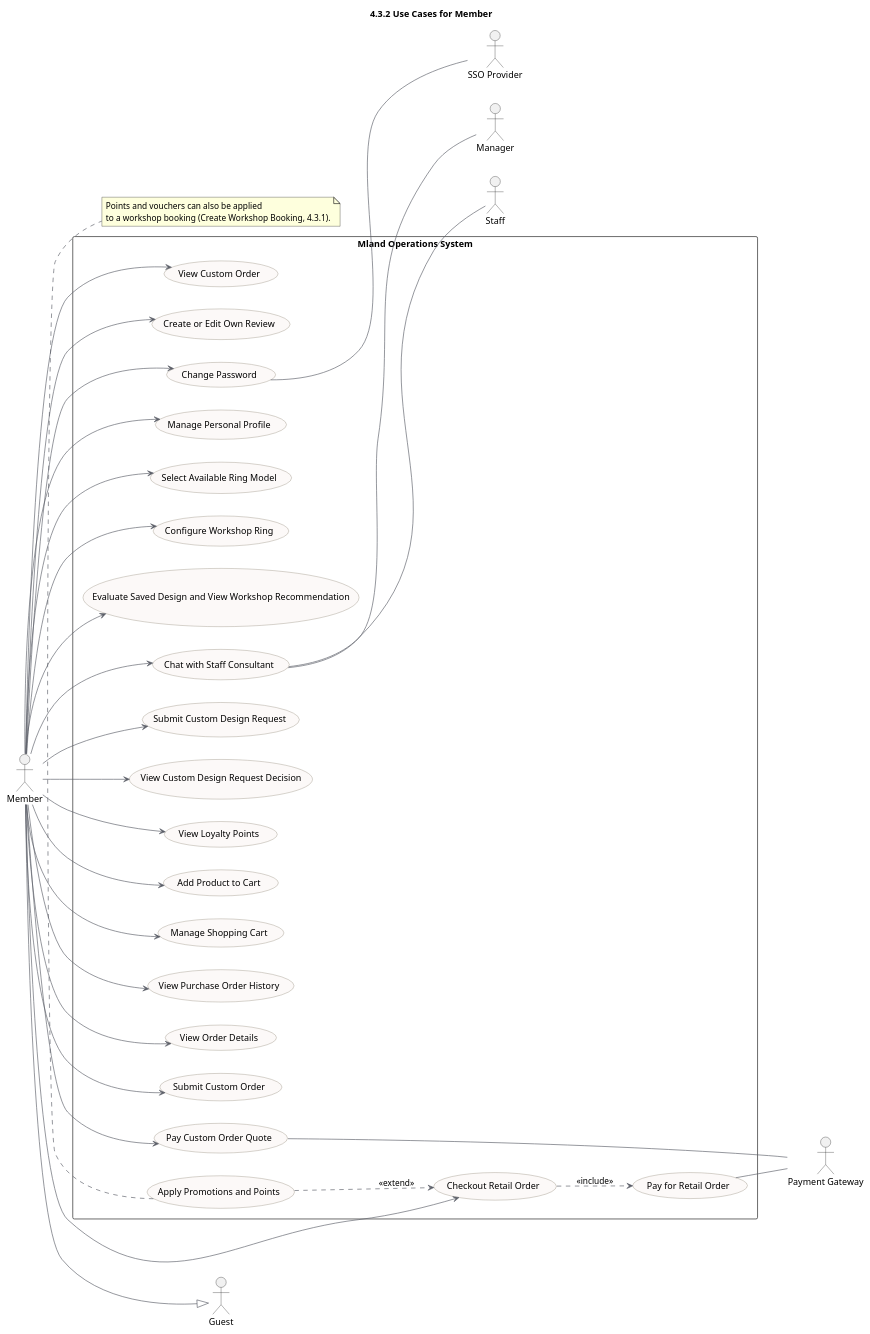
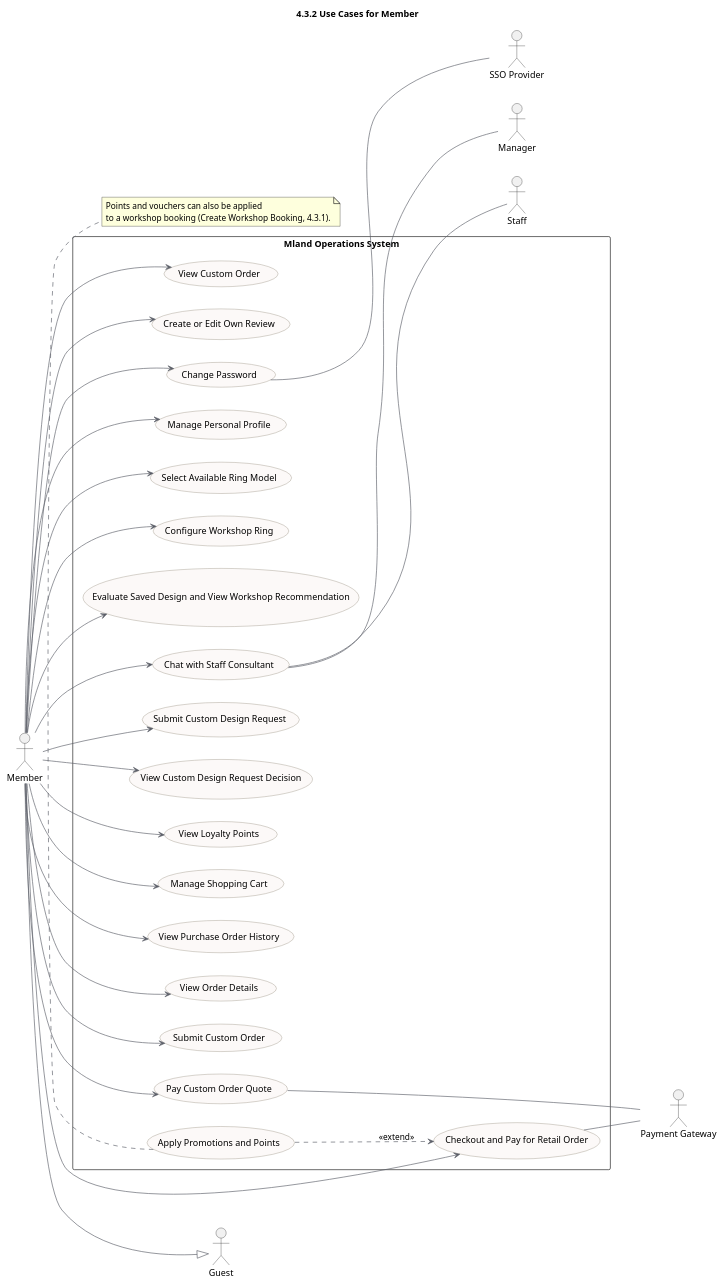
The diagram in documents/docs/report-3-software-requirement-specification/assets/diagrams/use-cases/03-member-only.puml (quoc-ca/mland-operations-hub), drawn with PlantUML before and after one commit. The commit also changed 17 other files, not shown here.

```diff
--- a/documents/docs/report-3-software-requirement-specification/assets/diagrams/use-cases/03-member-only.puml
+++ b/documents/docs/report-3-software-requirement-specification/assets/diagrams/use-cases/03-member-only.puml
@@ -1,78 +1,74 @@
 @startuml
 !pragma charset UTF-8
 title 4.3.2 Use Cases for Member
 left to right direction
 skinparam shadowing false
 skinparam usecase {
   BackgroundColor #FCF9F8
   BorderColor #807663
   ArrowColor #5B5E67
 }
 
 actor Guest
 actor Member
 
 actor "SSO Provider" as SSO
 actor "Payment Gateway" as Pay
 actor Staff
 actor Manager
 
 rectangle "Mland Operations System" {
   usecase "Change Password" as UC04
   usecase "Manage Personal Profile" as UC05
   usecase "Select Available Ring Model" as UC36
   usecase "Configure Workshop Ring" as UC37
   usecase "Evaluate Saved Design and View Workshop Recommendation" as UC37E
   usecase "Chat with Staff Consultant" as UC38
   usecase "Submit Custom Design Request" as UC39
   usecase "View Custom Design Request Decision" as UC41
   usecase "View Loyalty Points" as UC42
   usecase "Apply Promotions and Points" as UC44
-  usecase "Add Product to Cart" as UC52
   usecase "Manage Shopping Cart" as UC53
-  usecase "Checkout Retail Order" as UC54
-  usecase "Pay for Retail Order" as UC55
+  usecase "Checkout and Pay for Retail Order" as UC54
   usecase "View Purchase Order History" as UC56
   usecase "View Order Details" as UC57
   usecase "Submit Custom Order" as UC67
   usecase "Pay Custom Order Quote" as UC69
   usecase "View Custom Order" as UC70
   usecase "Create or Edit Own Review" as UC75
 }
 
 ' Member inherits every Guest use case (see 4.3.1), including Create Workshop Booking.
 Member --|> Guest
 
 Member --> UC04
 Member --> UC05
 Member --> UC36
 Member --> UC37
 Member --> UC37E
 Member --> UC38
 Member --> UC39
 Member --> UC41
 Member --> UC42
-Member --> UC52
 Member --> UC53
 Member --> UC54
 Member --> UC56
 Member --> UC57
 Member --> UC67
 Member --> UC70
 Member --> UC69
 Member --> UC75
 
-UC54 ..> UC55 : <<include>>
 UC44 ..> UC54 : <<extend>>
 
 UC04 -- SSO
-UC55 -- Pay
+UC54 -- Pay
 UC69 -- Pay
 UC38 -- Staff
 UC38 -- Manager
 
 note bottom of UC44
 Points and vouchers can also be applied
 to a workshop booking (Create Workshop Booking, 4.3.1).
 end note
 @enduml
```
